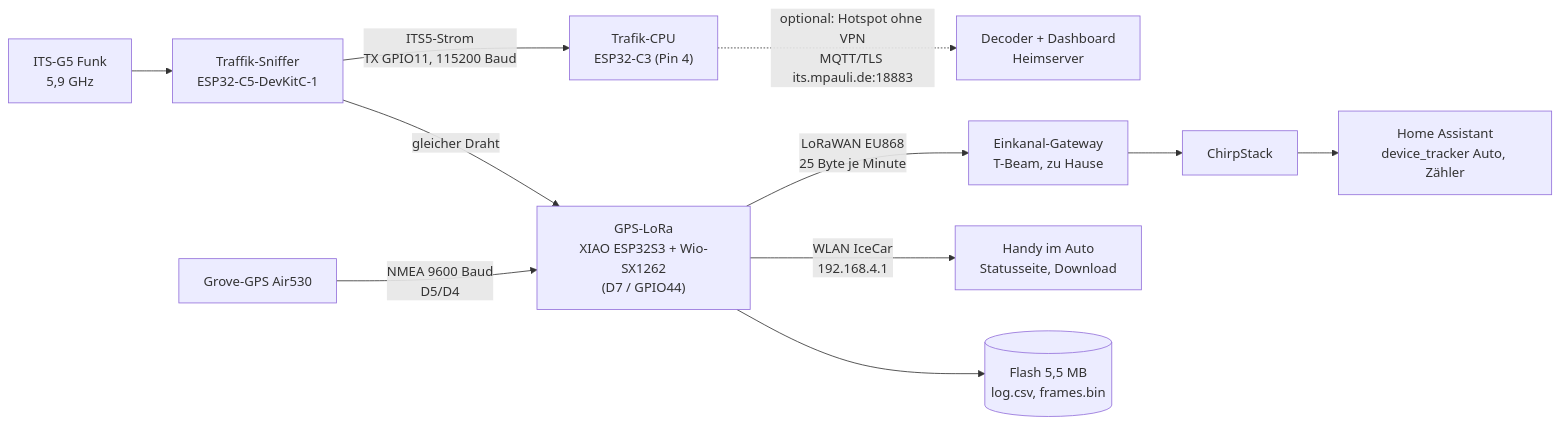
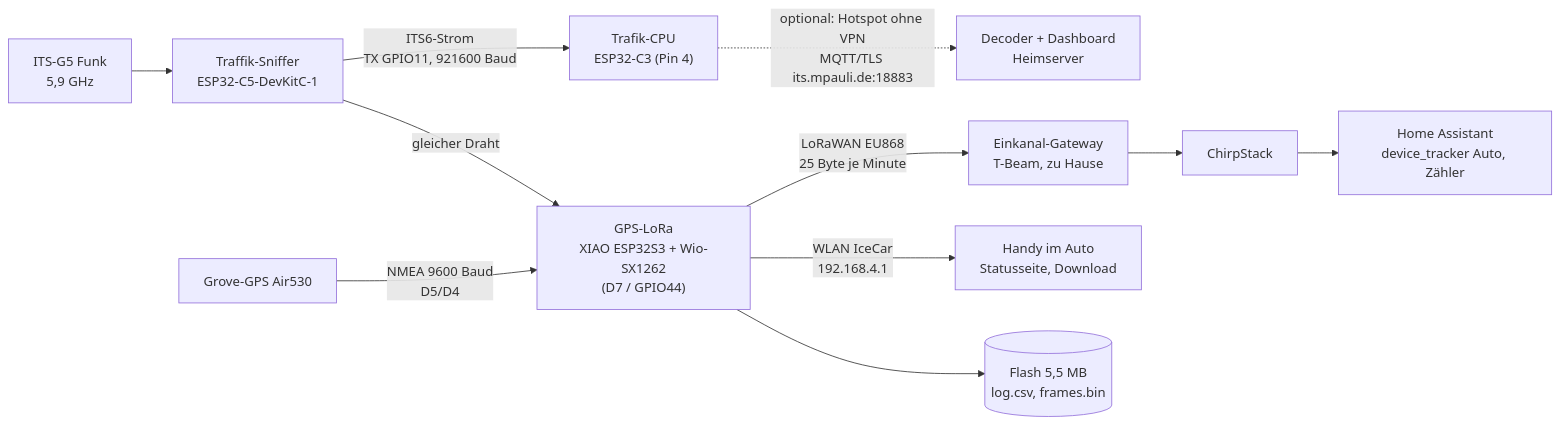
Before and after one commit to icepaule/Ice-Traffic-Data: the first of 3 diagrams in docs/18-schreibtischtest-und-mitschnitt.md, drawn with Mermaid. The commit also changed other lines of this file and 7 other files, not shown here.

Commit message:
Doku: ITS6, 921600 Baud, Mitschnitt aller Pakete, neue Log-Spalten

````diff
--- a/docs/18-schreibtischtest-und-mitschnitt.md
+++ b/docs/18-schreibtischtest-und-mitschnitt.md
@@ -19,12 +19,12 @@
 ```mermaid
 flowchart LR
     ANT["ITS-G5 Funk<br/>5,9 GHz"] --> SN["Traffik-Sniffer<br/>ESP32-C5-DevKitC-1"]
-    SN -- "ITS5-Strom<br/>TX GPIO11, 115200 Baud" --> CPU["Trafik-CPU<br/>ESP32-C3 (Pin 4)"]
+    SN -- "ITS6-Strom<br/>TX GPIO11, 921600 Baud" --> CPU["Trafik-CPU<br/>ESP32-C3 (Pin 4)"]
     SN -- "gleicher Draht" --> GL["GPS-LoRa<br/>XIAO ESP32S3 + Wio-SX1262<br/>(D7 / GPIO44)"]
     GPS["Grove-GPS Air530"] -- "NMEA 9600 Baud<br/>D5/D4" --> GL
     GL -- "LoRaWAN EU868<br/>25 Byte je Minute" --> GW["Einkanal-Gateway<br/>T-Beam, zu Hause"]
     GW --> CS["ChirpStack"] --> HA["Home Assistant<br/>device_tracker Auto, Zähler"]
     GL -- "WLAN IceCar<br/>192.168.4.1" --> PH["Handy im Auto<br/>Statusseite, Download"]
     GL --> FL[("Flash 5,5 MB<br/>log.csv, frames.bin")]
     CPU -. "optional: Hotspot ohne VPN<br/>MQTT/TLS its.mpauli.de:18883" .-> DEC["Decoder + Dashboard<br/>Heimserver"]
 ```
````
